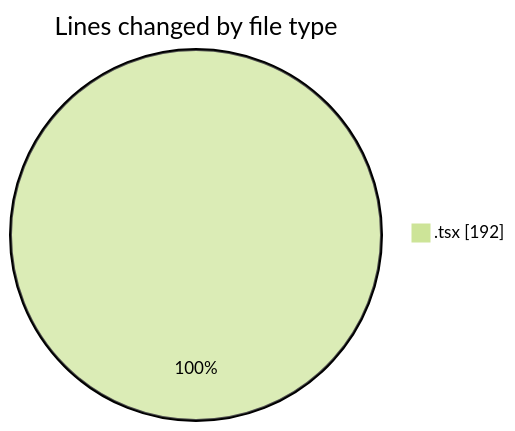
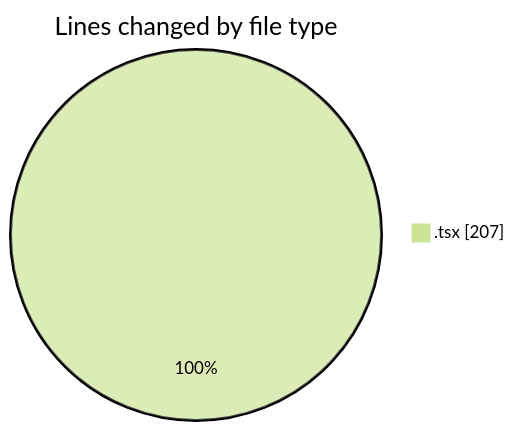
Before and after one commit to momahboobian/code-tracking: the first of 2 diagrams in 2025-06-17/cda/README.md, drawn with Mermaid (forest theme). The commit also changed other lines of this file and 1 other file, not shown here.

````diff
--- a/2025-06-17/cda/README.md
+++ b/2025-06-17/cda/README.md
@@ -21,5 +21,5 @@
 ```mermaid
 pie showData
 title Lines changed by file type
-".tsx" : 192
+".tsx" : 207
 ```
````
